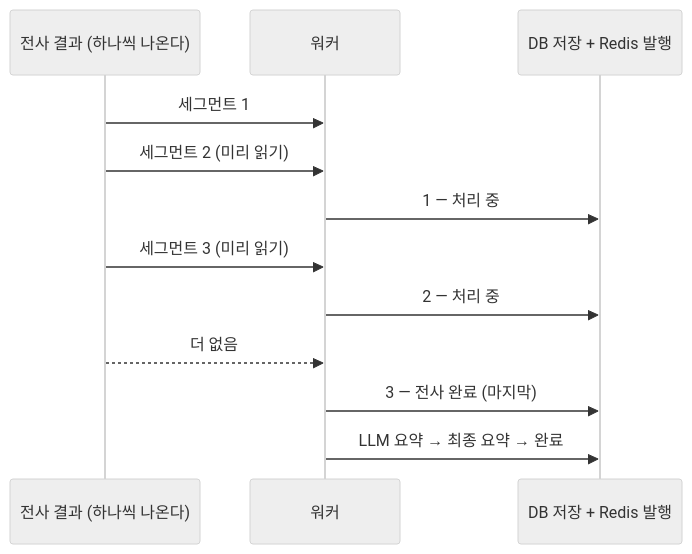
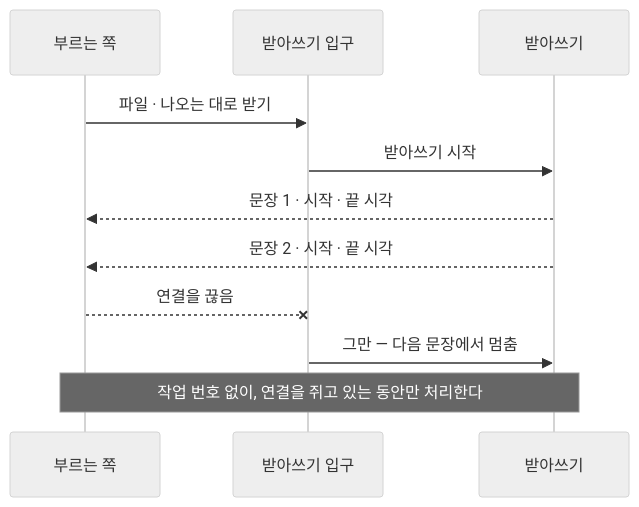
The diagram in src/content/features/stt/batch-transcription/diagram-2.mmd (06171002/06171002.github.io), drawn with Mermaid (neutral theme) before and after one commit. The commit also changed 72 other files, not shown here.

```diff
--- a/src/content/features/stt/batch-transcription/diagram-2.mmd
+++ b/src/content/features/stt/batch-transcription/diagram-2.mmd
@@ -1,12 +1,11 @@
 sequenceDiagram
-    participant gen as 전사 결과 (하나씩 나온다)
-    participant w as 워커
-    participant out as DB 저장 + Redis 발행
-    gen->>w: 세그먼트 1
-    gen->>w: 세그먼트 2 (미리 읽기)
-    w->>out: 1 — 처리 중
-    gen->>w: 세그먼트 3 (미리 읽기)
-    w->>out: 2 — 처리 중
-    gen-->>w: 더 없음
-    w->>out: 3 — 전사 완료 (마지막)
-    w->>out: LLM 요약 → 최종 요약 → 완료
+    participant c as 부르는 쪽
+    participant e as 받아쓰기 입구
+    participant w as 받아쓰기
+    c->>e: 파일 · 나오는 대로 받기
+    e->>w: 받아쓰기 시작
+    w-->>c: 문장 1 · 시작 · 끝 시각
+    w-->>c: 문장 2 · 시작 · 끝 시각
+    c--xe: 연결을 끊음
+    e->>w: 그만 — 다음 문장에서 멈춤
+    Note over c,w: 작업 번호 없이, 연결을 쥐고 있는 동안만 처리한다
```
